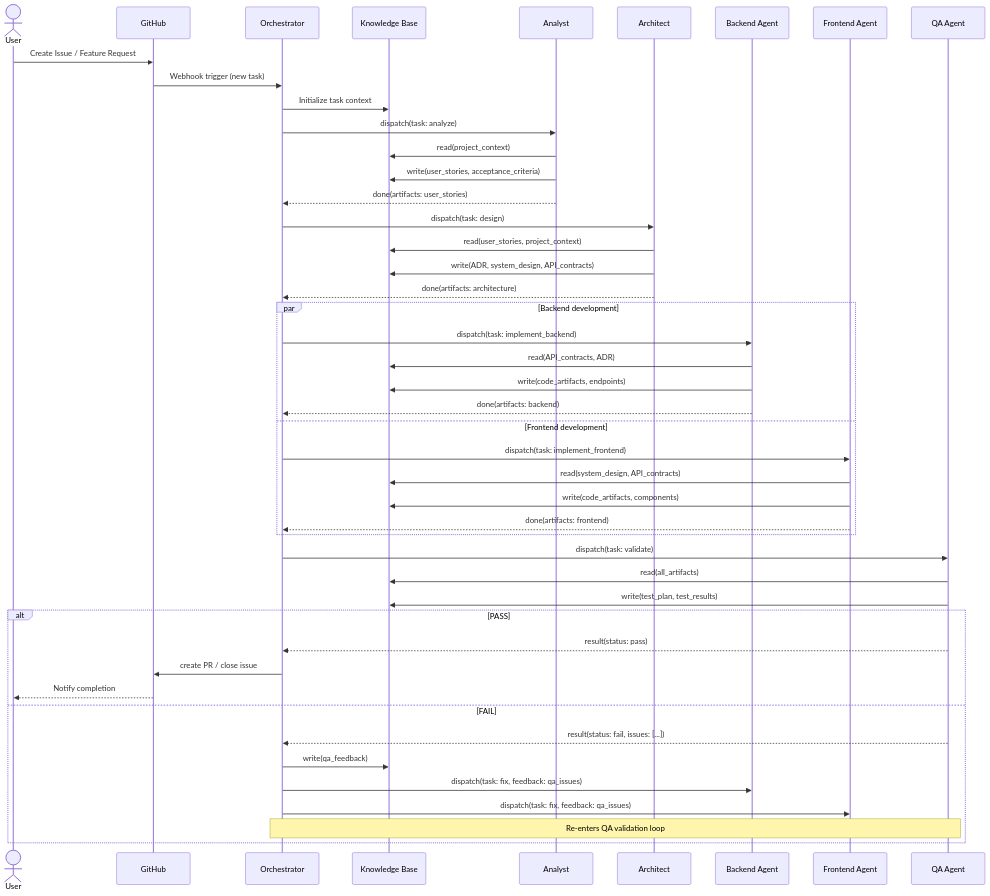
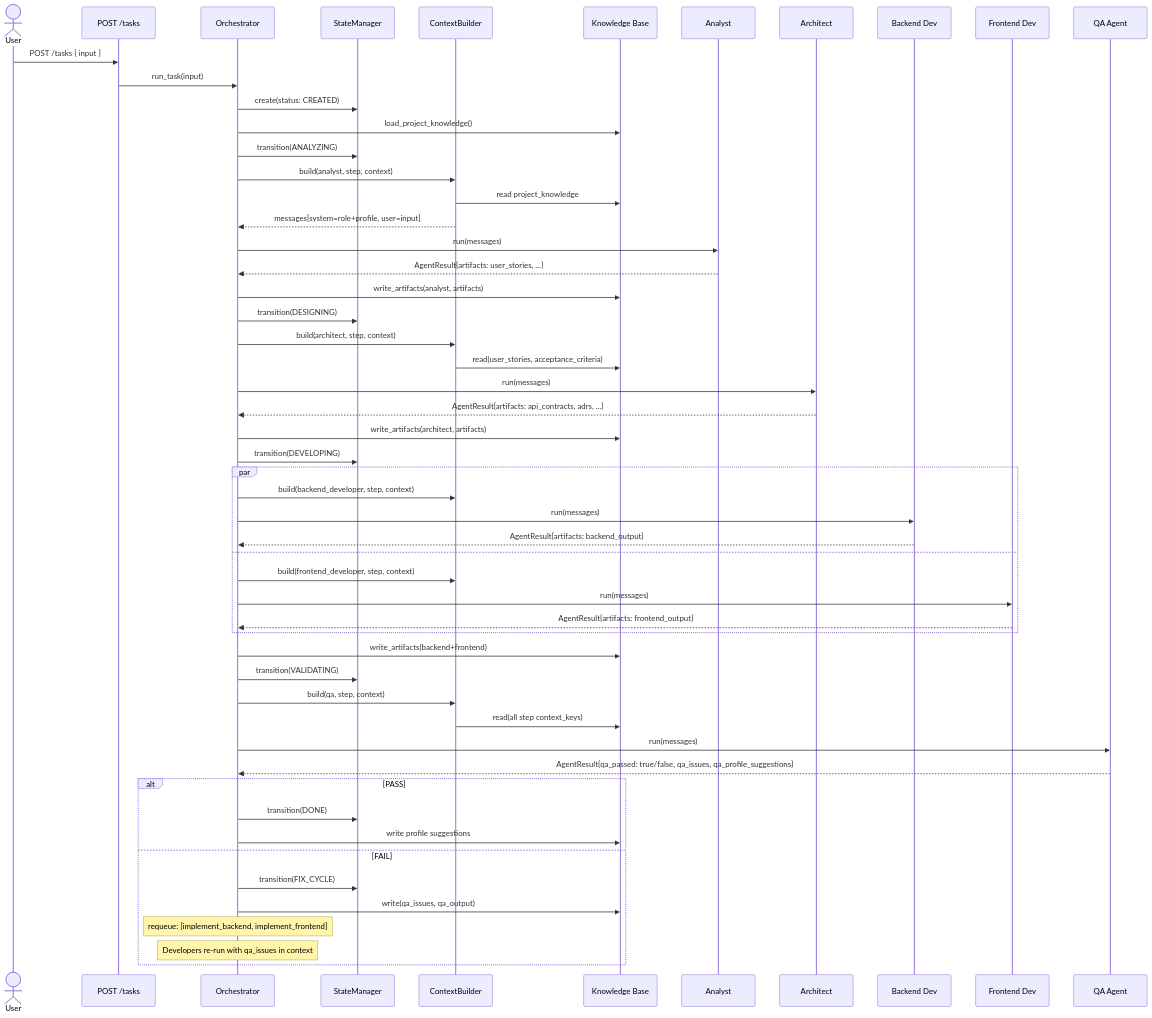
One commit to alltiq-bo/agentic-factory changed the second of 4 diagrams in README.md. Above: the diagram before and after it, drawn with Mermaid. The commit also changed other lines of this file and 33 other files, not shown here.

````diff
--- a/README.md
+++ b/README.md
@@ -106,54 +99,62 @@
 ```mermaid
 sequenceDiagram
     actor User
-    participant GH as GitHub
+    participant API as POST /tasks
     participant ORC as Orchestrator
+    participant SM as StateManager
+    participant CB as ContextBuilder
     participant KB as Knowledge Base
     participant AN as Analyst
     participant AR as Architect
-    participant BE as Backend Agent
-    participant FE as Frontend Agent
+    participant BE as Backend Dev
+    participant FE as Frontend Dev
     participant QA as QA Agent
 
-    User->>GH: Create Issue / Feature Request
-    GH->>ORC: Webhook trigger (new task)
-    ORC->>KB: Initialize task context
+    User->>API: POST /tasks { input }
+    API->>ORC: run_task(input)
+    ORC->>SM: create(status: CREATED)
+    ORC->>KB: load_project_knowledge()
 
-    ORC->>AN: dispatch(task: analyze)
-    AN->>KB: read(project_context)
-    AN->>KB: write(user_stories, acceptance_criteria)
-    AN-->>ORC: done(artifacts: user_stories)
+    ORC->>SM: transition(ANALYZING)
+    ORC->>CB: build(analyst, step, context)
+    CB->>KB: read project_knowledge
+    CB-->>ORC: messages[system=role+profile, user=input]
+    ORC->>AN: run(messages)
+    AN-->>ORC: AgentResult{artifacts: user_stories, ...}
+    ORC->>KB: write_artifacts(analyst, artifacts)
 
-    ORC->>AR: dispatch(task: design)
-    AR->>KB: read(user_stories, project_context)
-    AR->>KB: write(ADR, system_design, API_contracts)
-    AR-->>ORC: done(artifacts: architecture)
+    ORC->>SM: transition(DESIGNING)
+    ORC->>CB: build(architect, step, context)
+    CB->>KB: read(user_stories, acceptance_criteria)
+    ORC->>AR: run(messages)
+    AR-->>ORC: AgentResult{artifacts: api_contracts, adrs, ...}
+    ORC->>KB: write_artifacts(architect, artifacts)
 
-    par Backend development
-        ORC->>BE: dispatch(task: implement_backend)
-        BE->>KB: read(API_contracts, ADR)
-        BE->>KB: write(code_artifacts, endpoints)
-        BE-->>ORC: done(artifacts: backend)
-    and Frontend development
-        ORC->>FE: dispatch(task: implement_frontend)
-        FE->>KB: read(system_design, API_contracts)
-        FE->>KB: write(code_artifacts, components)
-        FE-->>ORC: done(artifacts: frontend)
+    ORC->>SM: transition(DEVELOPING)
+    par
+        ORC->>CB: build(backend_developer, step, context)
+        ORC->>BE: run(messages)
+        BE-->>ORC: AgentResult{artifacts: backend_output}
+    and
+        ORC->>CB: build(frontend_developer, step, context)
+        ORC->>FE: run(messages)
+        FE-->>ORC: AgentResult{artifacts: frontend_output}
     end
+    ORC->>KB: write_artifacts(backend+frontend)
 
-    ORC->>QA: dispatch(task: validate)
-    QA->>KB: read(all_artifacts)
-    QA->>KB: write(test_plan, test_results)
+    ORC->>SM: transition(VALIDATING)
+    ORC->>CB: build(qa, step, context)
+    CB->>KB: read(all step context_keys)
+    ORC->>QA: run(messages)
+    QA-->>ORC: AgentResult{qa_passed: true/false, qa_issues, qa_profile_suggestions}
 
     alt PASS
-        QA-->>ORC: result(status: pass)
-        ORC->>GH: create PR / close issue
-        GH-->>User: Notify completion
+        ORC->>SM: transition(DONE)
+        ORC->>KB: write profile suggestions
     else FAIL
-        QA-->>ORC: result(status: fail, issues: [...])
-        ORC->>KB: write(qa_feedback)
-        ORC->>BE: dispatch(task: fix, feedback: qa_issues)
-        ORC->>FE: dispatch(task: fix, feedback: qa_issues)
-        Note over ORC,QA: Re-enters QA validation loop
+        ORC->>SM: transition(FIX_CYCLE)
+        ORC->>KB: write(qa_issues, qa_output)
+        Note over ORC: requeue: [implement_backend, implement_frontend]
+        Note over ORC: Developers re-run with qa_issues in context
     end
 ```
````
